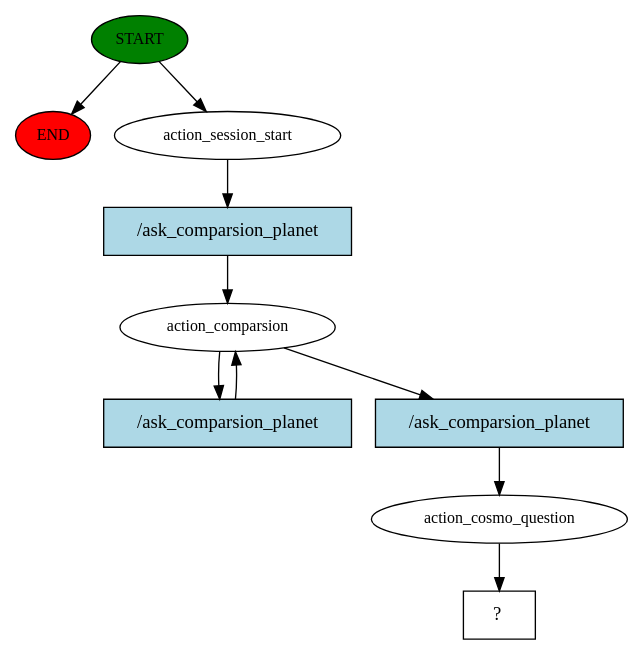
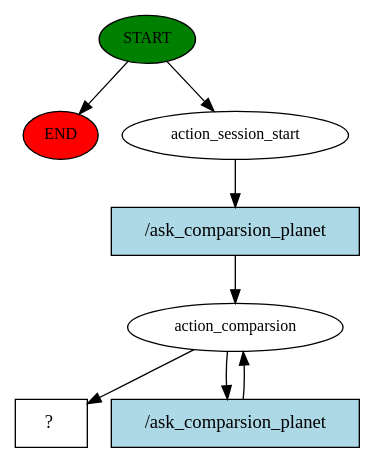
The diagram in story_graph.dot (Dashavod/devtorium_bot), drawn with Graphviz before and after one commit. The commit also changed 93 other files, not shown here.

```diff
--- a/story_graph.dot
+++ b/story_graph.dot
@@ -1,20 +1,16 @@
 digraph  {
 0 [class="start active", fillcolor=green, fontsize=12, label=START, style=filled];
 "-1" [class=end, fillcolor=red, fontsize=12, label=END, style=filled];
 1 [class=active, fontsize=12, label=action_session_start];
 2 [class=active, fontsize=12, label=action_comparsion];
-5 [class=active, fontsize=12, label=action_cosmo_question];
-6 [class="intent dashed active", label="  ?  ", shape=rect];
-7 [class="intent active", fillcolor=lightblue, label="/ask_comparsion_planet", shape=rect, style=filled];
-8 [class="intent active", fillcolor=lightblue, label="/ask_comparsion_planet", shape=rect, style=filled];
-9 [class="intent active", fillcolor=lightblue, label="/ask_comparsion_planet", shape=rect, style=filled];
+4 [class="intent dashed active", label="  ?  ", shape=rect];
+5 [class="intent active", fillcolor=lightblue, label="/ask_comparsion_planet", shape=rect, style=filled];
+6 [class="intent active", fillcolor=lightblue, label="/ask_comparsion_planet", shape=rect, style=filled];
 0 -> "-1"  [class="", key=NONE, label=""];
 0 -> 1  [class=active, key=NONE, label=""];
-1 -> 7  [class=active, key=0];
-2 -> 8  [class=active, key=0];
-2 -> 9  [class=active, key=0];
-5 -> 6  [class=active, key=NONE, label=""];
-7 -> 2  [class=active, key=0];
-8 -> 2  [class=active, key=0];
-9 -> 5  [class=active, key=0];
+1 -> 5  [class=active, key=0];
+2 -> 4  [class=active, key=NONE, label=""];
+2 -> 6  [class=active, key=0];
+5 -> 2  [class=active, key=0];
+6 -> 2  [class=active, key=0];
 }
```
